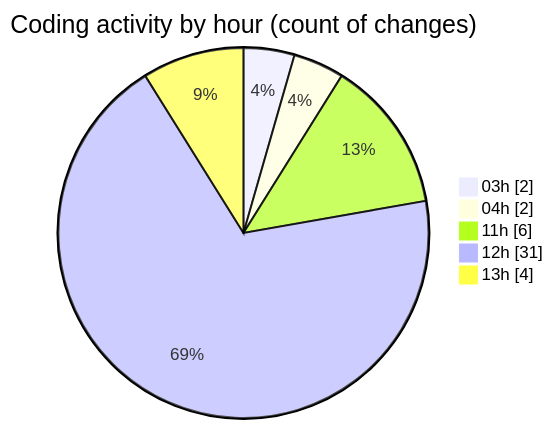
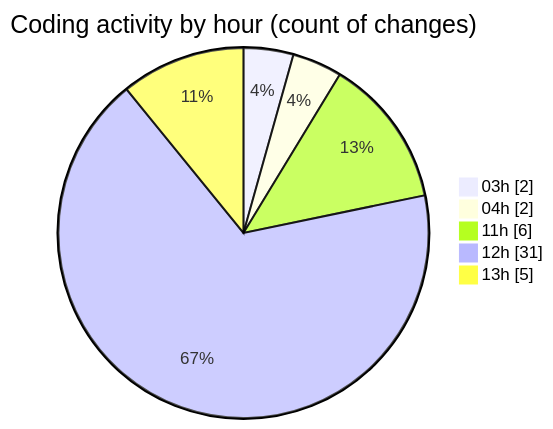
The second of 2 diagrams in 2025-07-04/cursor/README.md (FelipKnott/code-tracking), drawn with Mermaid before and after one commit. The commit also changed other lines of this file and 1 other file, not shown here.

````diff
--- a/2025-07-04/cursor/README.md
+++ b/2025-07-04/cursor/README.md
@@ -45,9 +45,9 @@
 ```mermaid
 pie showData
 title Coding activity by hour (count of changes)
 "03h" : 2
 "04h" : 2
 "11h" : 6
 "12h" : 31
-"13h" : 4
+"13h" : 5
 ```
````
